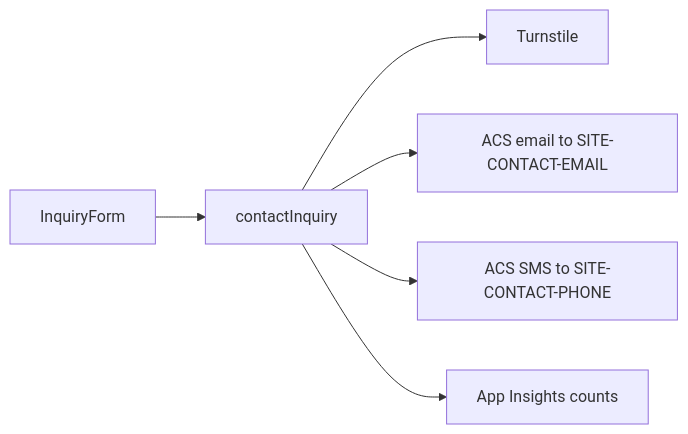
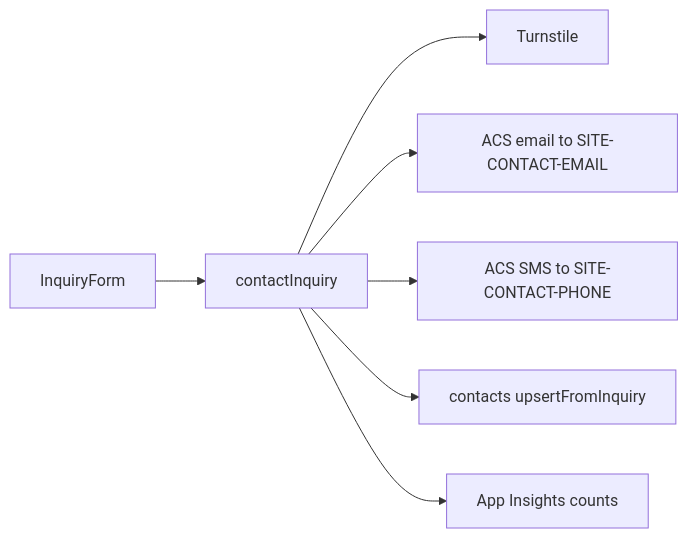
The seventh of 7 diagrams in docs/architecture/data-persistence.md (jefftindall/broadway-portfolio), drawn with Mermaid before and after one commit. The commit also changed other lines of this file and 26 other files, not shown here.

````diff
--- a/docs/architecture/data-persistence.md
+++ b/docs/architecture/data-persistence.md
@@ -519,8 +521,9 @@
 ```mermaid
 flowchart LR
   Form[InquiryForm] --> API[contactInquiry]
   API --> TS[Turnstile]
   API --> Email[ACS email to SITE-CONTACT-EMAIL]
   API --> SMS[ACS SMS to SITE-CONTACT-PHONE]
+  API --> CRM[contacts upsertFromInquiry]
   API --> AI[App Insights counts]
 ```
````
